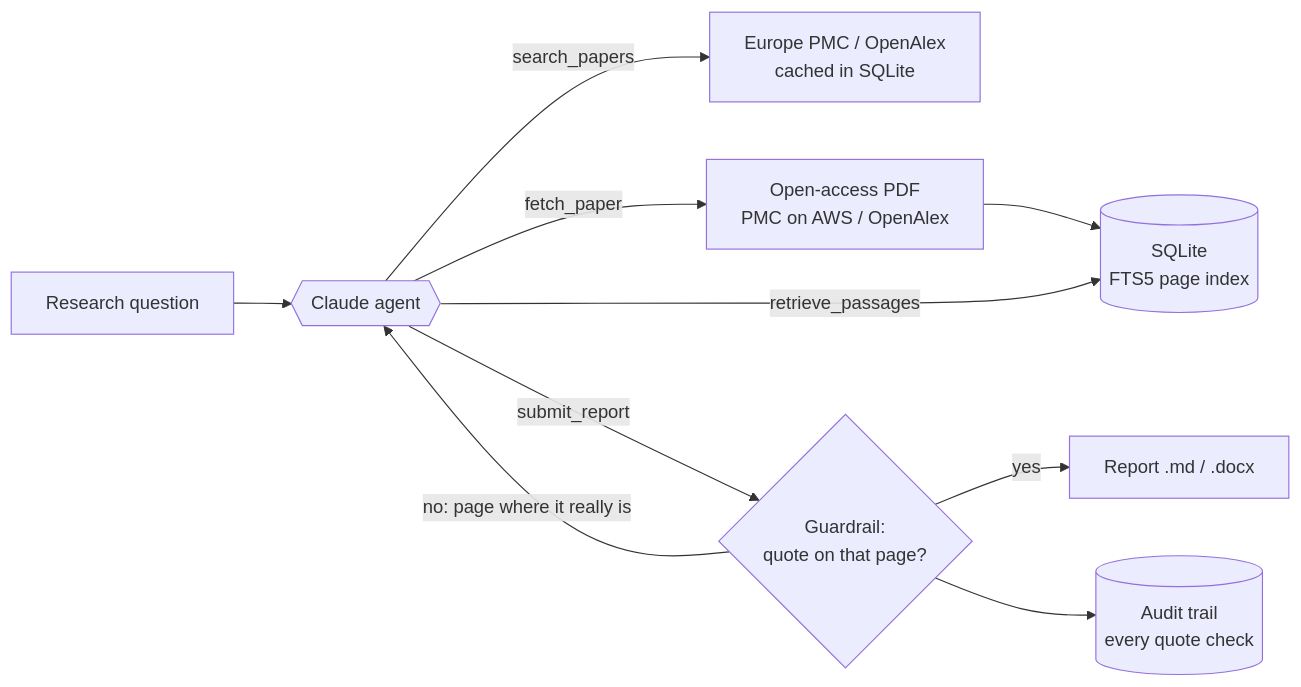
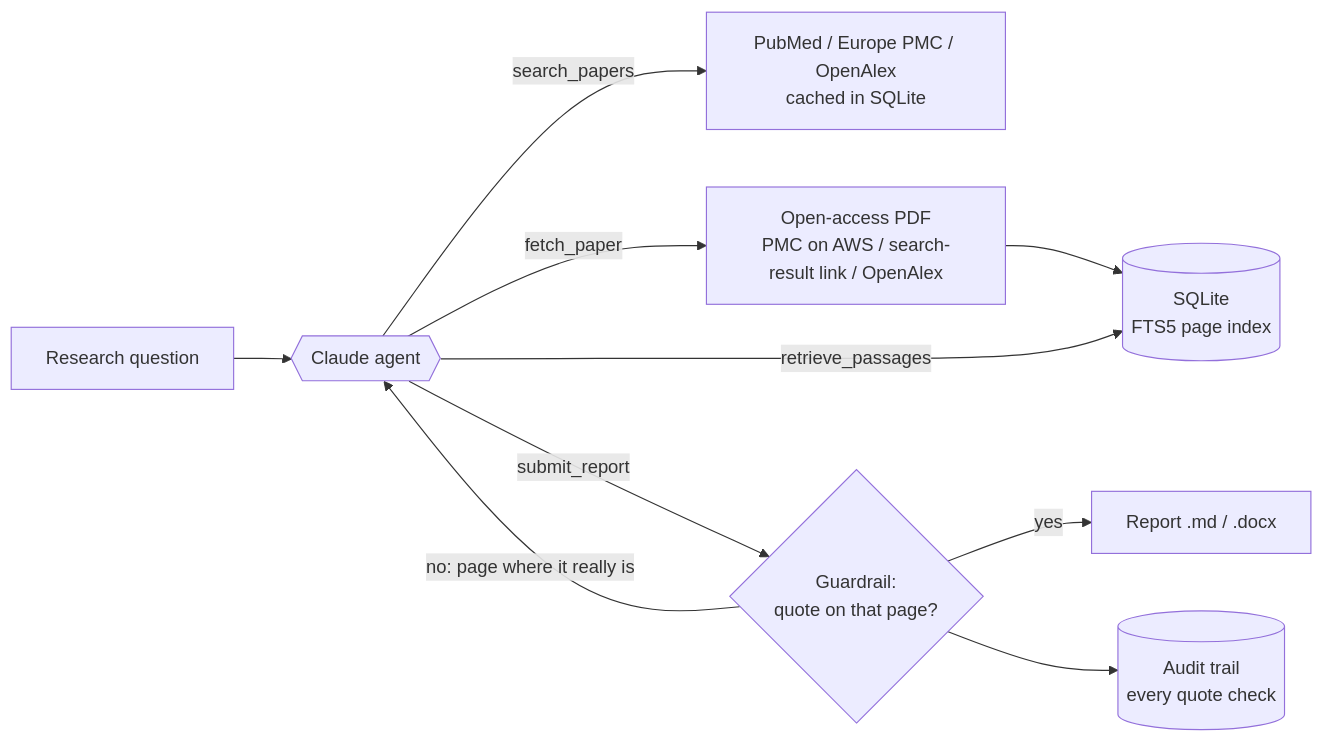
One commit to sharon0r/verified-lit-review changed the diagram in README.md. Above: the diagram before and after it, drawn with Mermaid. The commit also changed other lines of this file and 7 other files, not shown here.

````diff
--- a/README.md
+++ b/README.md
@@ -18,12 +18,12 @@
 ```mermaid
 flowchart LR
     Q[Research question] --> A{{Claude agent}}
-    A -- search_papers --> S[Europe PMC / OpenAlex<br/>cached in SQLite]
-    A -- fetch_paper --> F[Open-access PDF<br/>PMC on AWS / OpenAlex]
+    A -- search_papers --> S[PubMed / Europe PMC / OpenAlex<br/>cached in SQLite]
+    A -- fetch_paper --> F[Open-access PDF<br/>PMC on AWS / search-result link / OpenAlex]
     F --> DB[(SQLite<br/>FTS5 page index)]
     A -- retrieve_passages --> DB
     A -- submit_report --> G{Guardrail:<br/>quote on that page?}
     G -- no: page where it really is --> A
     G -- yes --> R[Report .md / .docx]
     G --> AU[(Audit trail<br/>every quote check)]
 ```
````
